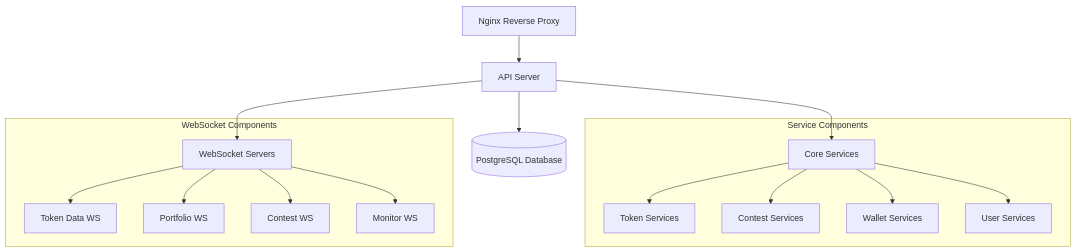
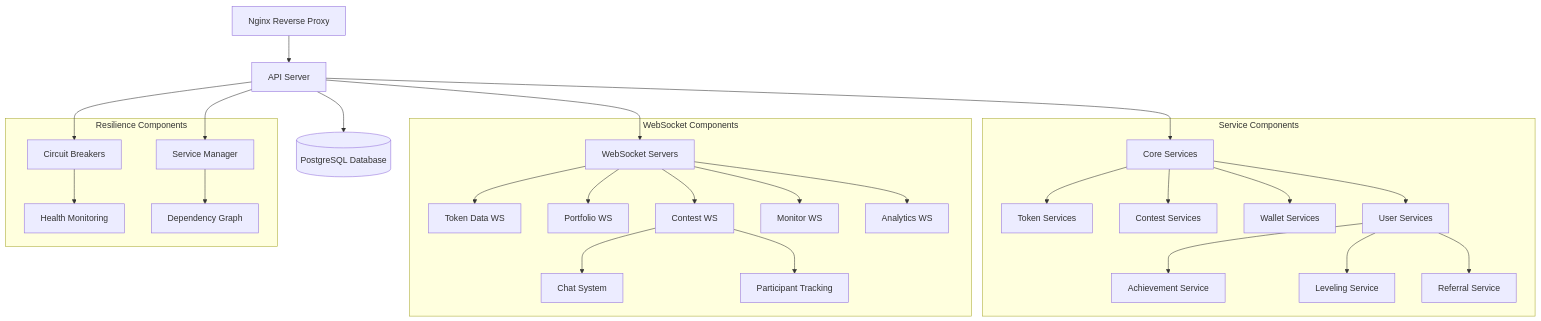
One commit to BranchManager69/degenduel changed the diagram in README.md. Above: the diagram before and after it, drawn with Mermaid. The commit also changed other lines of this file, not shown here.

First line of the commit message:
Update README with new features and architecture details

````diff
--- a/README.md
+++ b/README.md
@@ -335,21 +364,39 @@
 ```mermaid
 graph TD
     A[Nginx Reverse Proxy] --> B[API Server]
     B --> C[(PostgreSQL Database)]
     B --> D[WebSocket Servers]
     B --> E[Core Services]
     
     subgraph "Service Components"
         E --> F[Token Services]
         E --> G[Contest Services]
         E --> H[Wallet Services]
         E --> I[User Services]
+        I --> I1[Achievement Service]
+        I --> I2[Leveling Service] 
+        I --> I3[Referral Service]
     end
     
     subgraph "WebSocket Components"
         D --> J[Token Data WS]
         D --> K[Portfolio WS]
         D --> L[Contest WS]
+        L --> L1[Chat System]
+        L --> L2[Participant Tracking]
         D --> M[Monitor WS]
+        D --> N[Analytics WS]
     end
+    
+    subgraph "Resilience Components"
+        O[Circuit Breakers]
+        P[Service Manager]
+        Q[Health Monitoring]
+        R[Dependency Graph]
+    end
+    
+    B --> O
+    B --> P
+    P --> R
+    O --> Q
 ```
````
